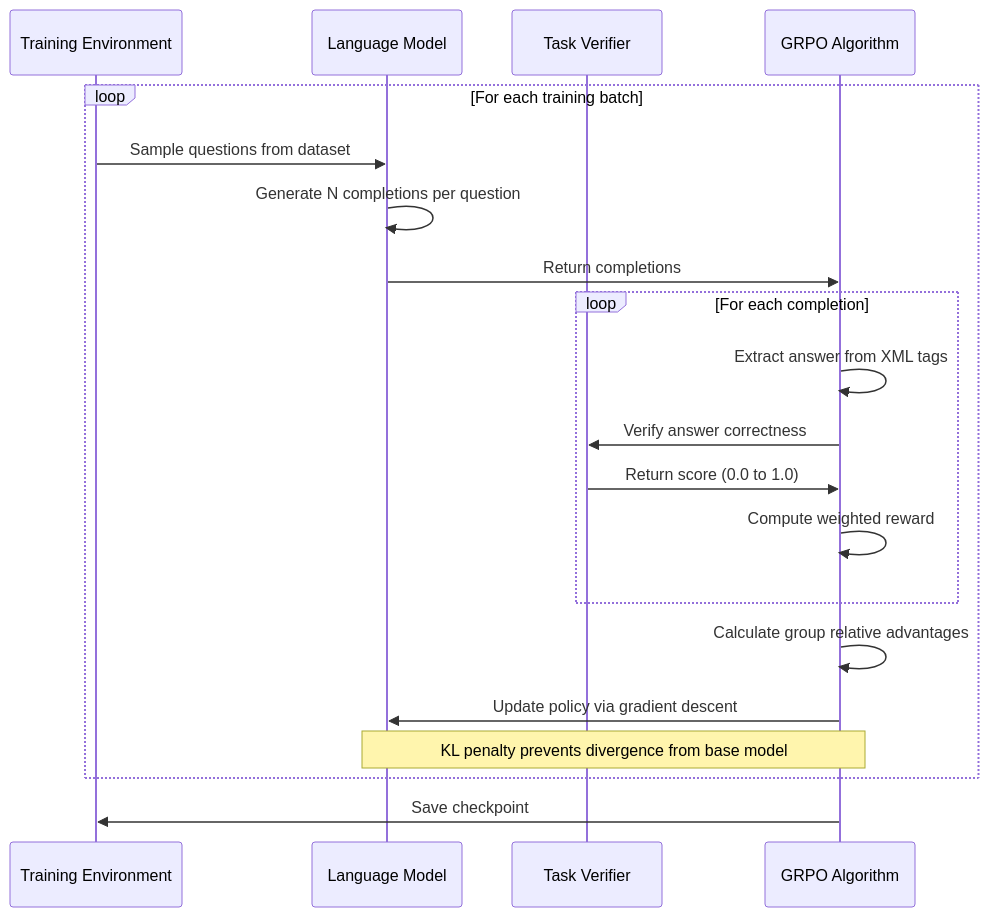
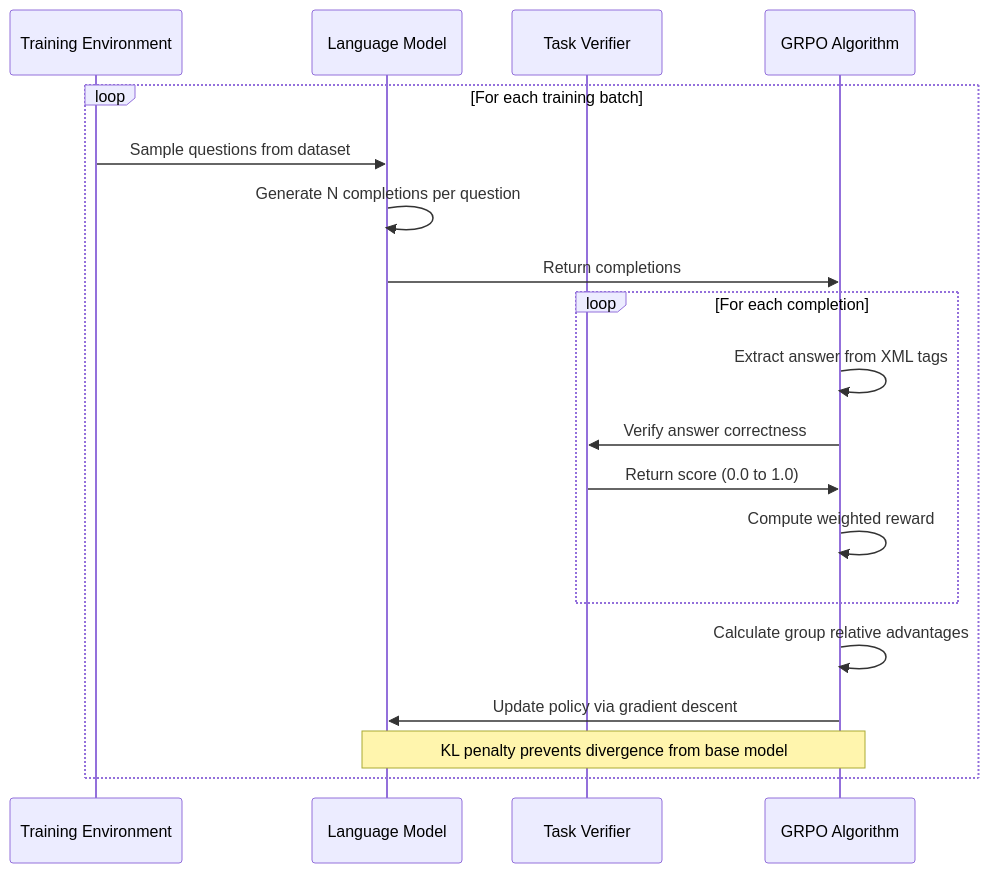
One commit to AH-Technologies/reasoning-gym changed the diagram in ARCHITECTURE.md. Above: the diagram before and after it, drawn with Mermaid. The commit also changed other lines of this file, not shown here.

Commit message:
final training loop diagram

````diff
--- a/ARCHITECTURE.md
+++ b/ARCHITECTURE.md
@@ -116,26 +3,24 @@
 ```mermaid
 sequenceDiagram
     participant Env as Training Environment
     participant Model as Language Model
     participant Verifier as Task Verifier
     participant GRPO as GRPO Algorithm
 
     loop For each training batch
         Env->>Model: Sample questions from dataset
         Model->>Model: Generate N completions per question
         Model->>GRPO: Return completions
 
         loop For each completion
             GRPO->>GRPO: Extract answer from XML tags
             GRPO->>Verifier: Verify answer correctness
             Verifier->>GRPO: Return score (0.0 to 1.0)
             GRPO->>GRPO: Compute weighted reward
         end
 
         GRPO->>GRPO: Calculate group relative advantages
         GRPO->>Model: Update policy via gradient descent
         Note over GRPO,Model: KL penalty prevents divergence from base model
     end
-
-    GRPO->>Env: Save checkpoint
 ```
````
